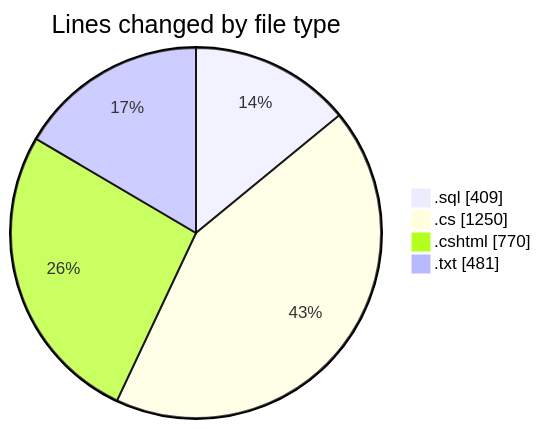
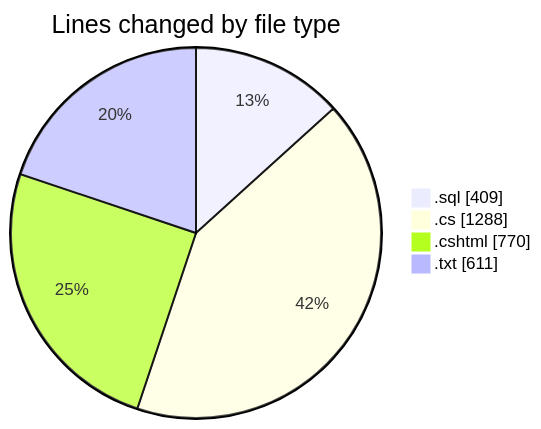
One commit to lephambinh05/code-tracking changed the first of 2 diagrams in 2025-07-23/quanlyrapchieuphim/README.md. Above: the diagram before and after it, drawn with Mermaid. The commit also changed other lines of this file and 1 other file, not shown here.

````diff
--- a/2025-07-23/quanlyrapchieuphim/README.md
+++ b/2025-07-23/quanlyrapchieuphim/README.md
@@ -27,8 +27,8 @@
 ```mermaid
 pie showData
 title Lines changed by file type
 ".sql" : 409
-".cs" : 1250
+".cs" : 1288
 ".cshtml" : 770
-".txt" : 481
+".txt" : 611
 ```
````
